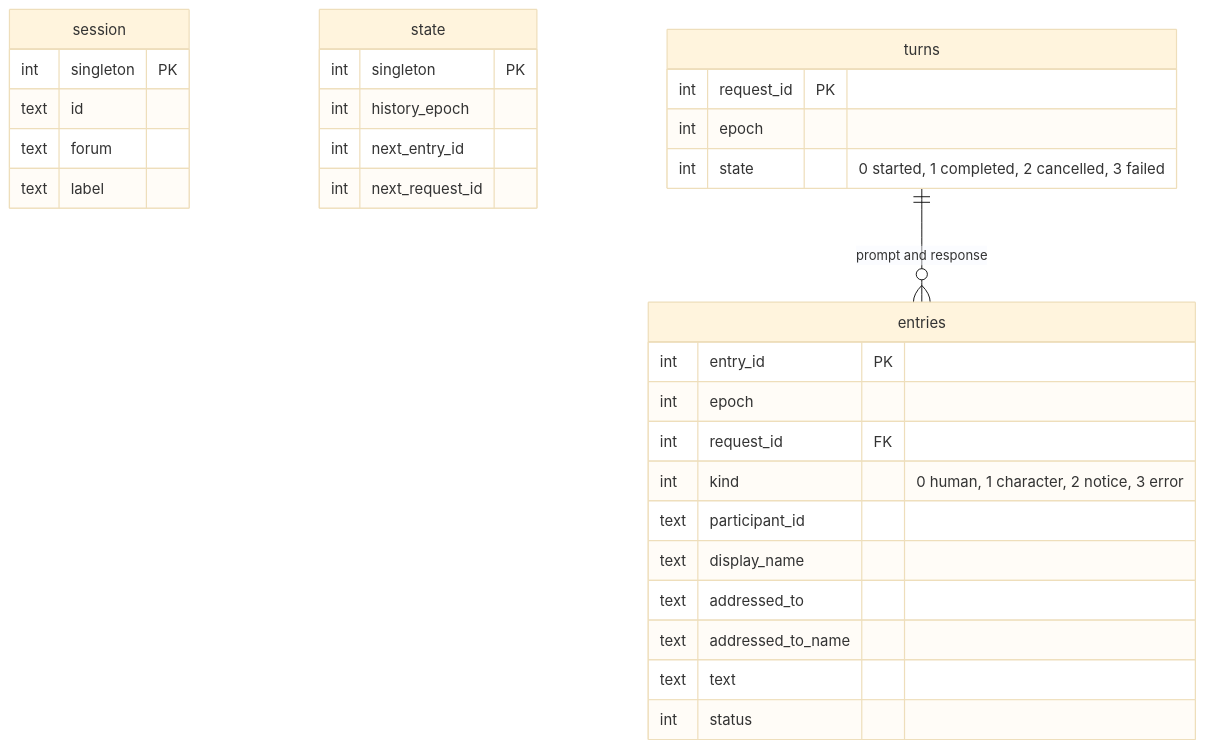
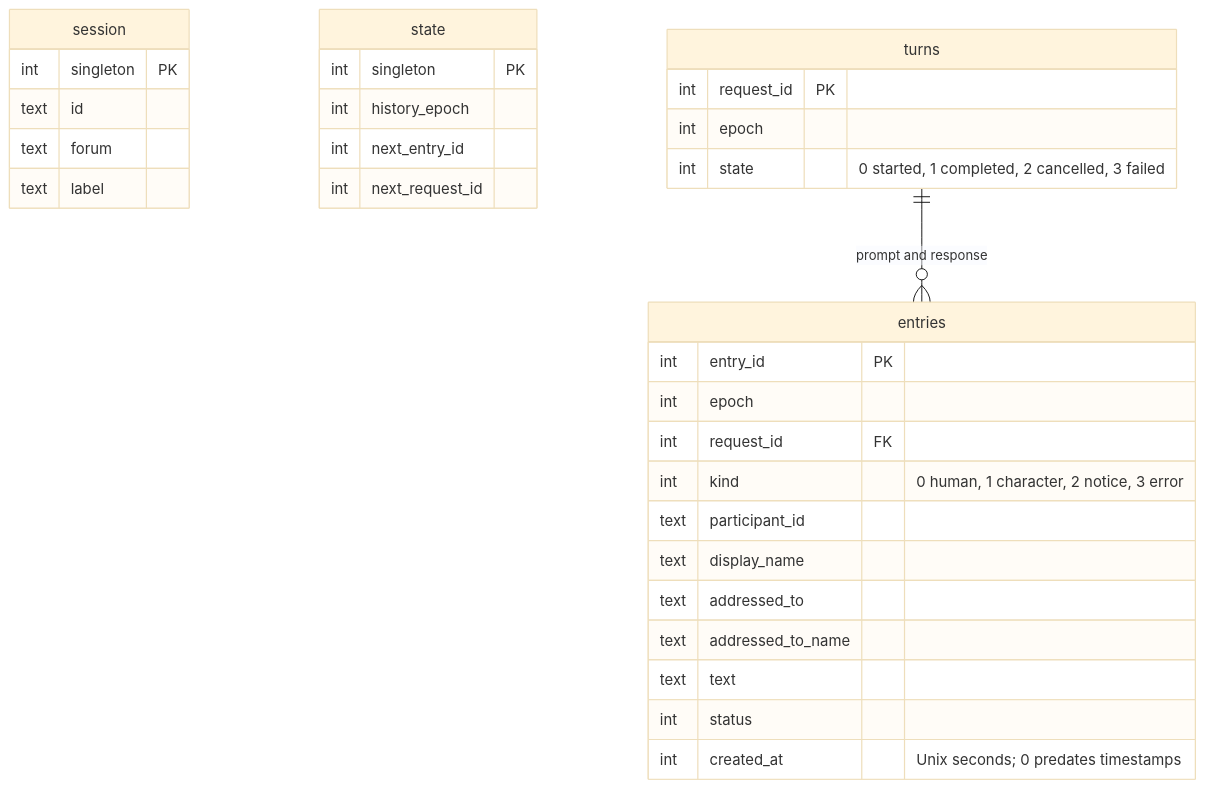
Before and after one commit to michaelpopov/cha: the third of 4 diagrams in src/session/README.md, drawn with Mermaid (base theme). The commit also changed other lines of this file and 26 other files, not shown here.

````diff
--- a/src/session/README.md
+++ b/src/session/README.md
@@ -244,33 +254,34 @@
 ```mermaid
 erDiagram
     session {
         int singleton PK
         text id
         text forum
         text label
     }
     state {
         int singleton PK
         int history_epoch
         int next_entry_id
         int next_request_id
     }
     turns {
         int request_id PK
         int epoch
         int state "0 started, 1 completed, 2 cancelled, 3 failed"
     }
     entries {
         int entry_id PK
         int epoch
         int request_id FK
         int kind "0 human, 1 character, 2 notice, 3 error"
         text participant_id
         text display_name
         text addressed_to
         text addressed_to_name
         text text
         int status
+        int created_at "Unix seconds; 0 predates timestamps"
     }
     turns ||--o{ entries : "prompt and response"
 ```
````
